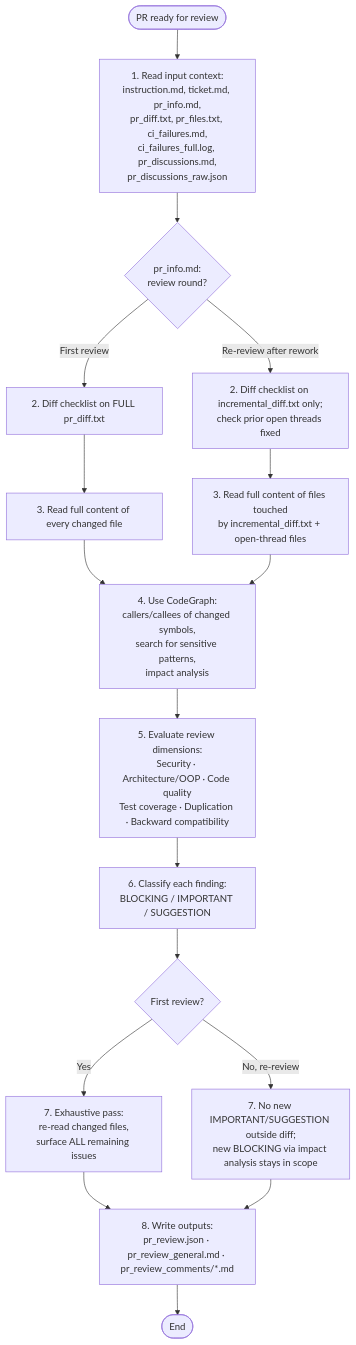
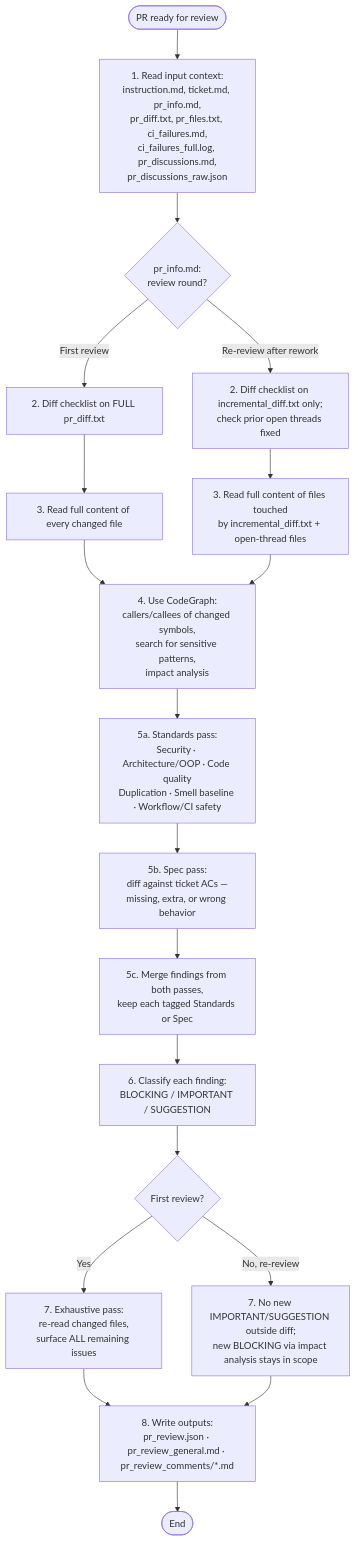
The first of 2 diagrams in .dmtools/agents/instructions/pr_review/general_guidelines.md (kejno/bonapp), drawn with Mermaid before and after one commit. The commit also changed other lines of this file and 3 other files, not shown here.

First line of the commit message:
fix(dmtools): two-axis pr_review + test-quality gate in pr_rework

````diff
--- a/.dmtools/agents/instructions/pr_review/general_guidelines.md
+++ b/.dmtools/agents/instructions/pr_review/general_guidelines.md
@@ -5,19 +5,21 @@
 ```mermaid
 flowchart TD
     START([PR ready for review]) --> READ["1. Read input context:<br/>instruction.md, ticket.md, pr_info.md,<br/>pr_diff.txt, pr_files.txt, ci_failures.md,<br/>ci_failures_full.log, pr_discussions.md,<br/>pr_discussions_raw.json"]
     READ --> ROUND{"pr_info.md:<br/>review round?"}
     ROUND -->|First review| DIFF["2. Diff checklist on FULL pr_diff.txt"]
     ROUND -->|Re-review after rework| INCDIFF["2. Diff checklist on incremental_diff.txt only;<br/>check prior open threads fixed"]
     DIFF --> FILES["3. Read full content of every changed file"]
     INCDIFF --> FILES2["3. Read full content of files touched<br/>by incremental_diff.txt + open-thread files"]
     FILES --> CODEGRAPH["4. Use CodeGraph:<br/>callers/callees of changed symbols,<br/>search for sensitive patterns,<br/>impact analysis"]
     FILES2 --> CODEGRAPH
-    CODEGRAPH --> DIMS["5. Evaluate review dimensions:<br/>Security · Architecture/OOP · Code quality<br/>Test coverage · Duplication · Backward compatibility"]
+    CODEGRAPH --> STANDARDS["5a. Standards pass:<br/>Security · Architecture/OOP · Code quality<br/>Duplication · Smell baseline · Workflow/CI safety"]
+    STANDARDS --> SPEC["5b. Spec pass:<br/>diff against ticket ACs —<br/>missing, extra, or wrong behavior"]
+    SPEC --> DIMS["5c. Merge findings from both passes,<br/>keep each tagged Standards or Spec"]
     DIMS --> SEVERITY["6. Classify each finding:<br/>BLOCKING / IMPORTANT / SUGGESTION"]
     SEVERITY --> SCOPE{"First review?"}
     SCOPE -->|Yes| EXHAUST["7. Exhaustive pass:<br/>re-read changed files,<br/>surface ALL remaining issues"]
     SCOPE -->|No, re-review| NOSCOPE["7. No new IMPORTANT/SUGGESTION outside diff;<br/>new BLOCKING via impact analysis stays in scope"]
     EXHAUST --> OUTPUT["8. Write outputs:<br/>pr_review.json · pr_review_general.md · pr_review_comments/*.md"]
     NOSCOPE --> OUTPUT
     OUTPUT --> END([End])
 ```
````
